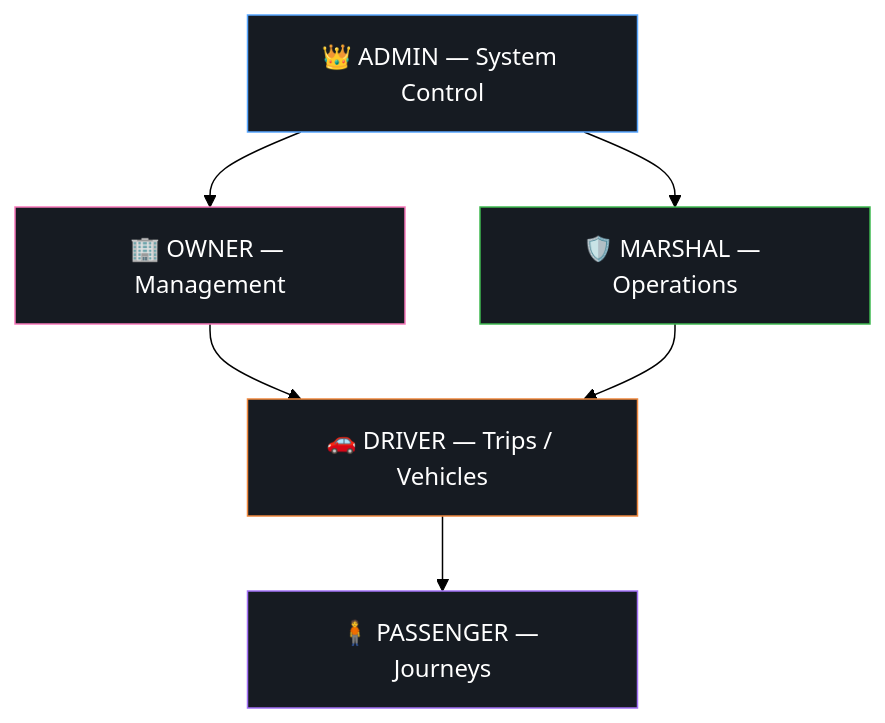
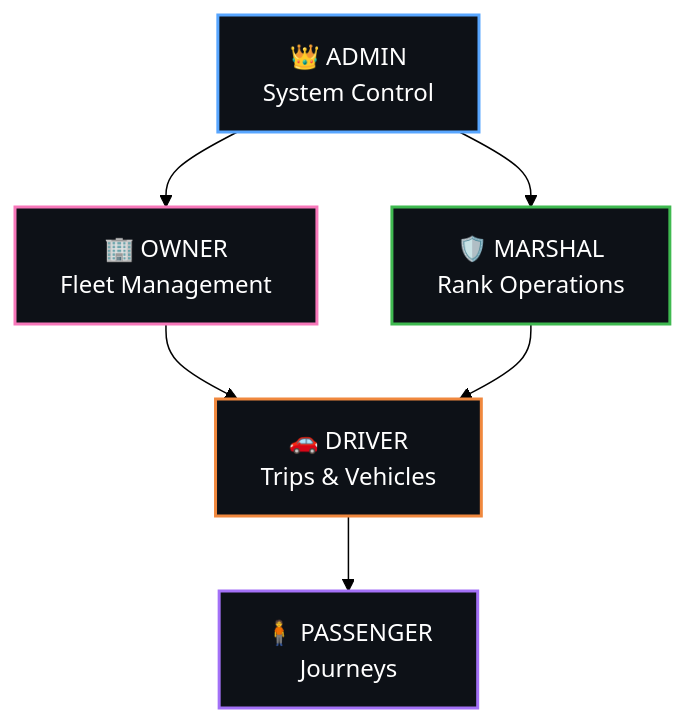
One commit to IamKholofeloPhala/IamKholofeloPhala changed the third of 11 diagrams in README.md. Above: the diagram before and after it, drawn with Mermaid (forest theme). The commit also changed other lines of this file, not shown here.

````diff
--- a/README.md
+++ b/README.md
@@ -96,14 +83,19 @@
 ```mermaid
 flowchart TD
-    ADMIN[👑 ADMIN — System Control] --> OWNER[🏢 OWNER — Management]
-    ADMIN --> MARSHAL[🛡️ MARSHAL — Operations]
-    OWNER --> DRIVER[🚗 DRIVER — Trips / Vehicles]
+    ADMIN["👑 ADMIN<br/>System Control"] --> OWNER["🏢 OWNER<br/>Fleet Management"]
+    ADMIN --> MARSHAL["🛡️ MARSHAL<br/>Rank Operations"]
+    OWNER --> DRIVER["🚗 DRIVER<br/>Trips & Vehicles"]
     MARSHAL --> DRIVER
-    DRIVER --> PASSENGER[🧍 PASSENGER — Journeys]
+    DRIVER --> PASSENGER["🧍 PASSENGER<br/>Journeys"]
 
-    style ADMIN fill:#161b22,stroke:#58A6FF,color:#fff
-    style OWNER fill:#161b22,stroke:#F778BA,color:#fff
-    style MARSHAL fill:#161b22,stroke:#3FB950,color:#fff
-    style DRIVER fill:#161b22,stroke:#F0883E,color:#fff
-    style PASSENGER fill:#161b22,stroke:#A371F7,color:#fff
+    classDef admin fill:#0d1117,stroke:#58A6FF,color:#fff,stroke-width:2px
+    classDef owner fill:#0d1117,stroke:#F778BA,color:#fff,stroke-width:2px
+    classDef marshal fill:#0d1117,stroke:#3FB950,color:#fff,stroke-width:2px
+    classDef driver fill:#0d1117,stroke:#F0883E,color:#fff,stroke-width:2px
+    classDef passenger fill:#0d1117,stroke:#A371F7,color:#fff,stroke-width:2px
+    class ADMIN admin
+    class OWNER owner
+    class MARSHAL marshal
+    class DRIVER driver
+    class PASSENGER passenger
 ```
````
